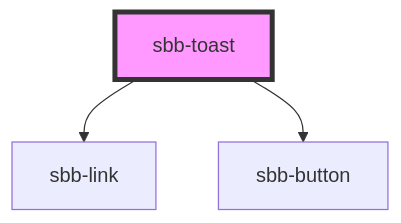
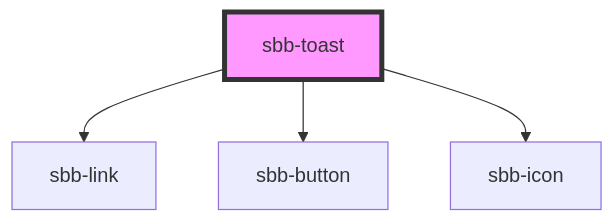
The diagram in src/components/sbb-toast/readme.md (sbb-design-systems/lyne-components), drawn with Mermaid before and after one commit. The commit also changed other lines of this file and 5 other files, not shown here.

Commit message:
feat: add sbb-icon

````diff
--- a/src/components/sbb-toast/readme.md
+++ b/src/components/sbb-toast/readme.md
@@ -123,6 +124,7 @@
 ```mermaid
 graph TD;
   sbb-toast --> sbb-link
   sbb-toast --> sbb-button
+  sbb-toast --> sbb-icon
   style sbb-toast fill:#f9f,stroke:#333,stroke-width:4px
 ```
````
